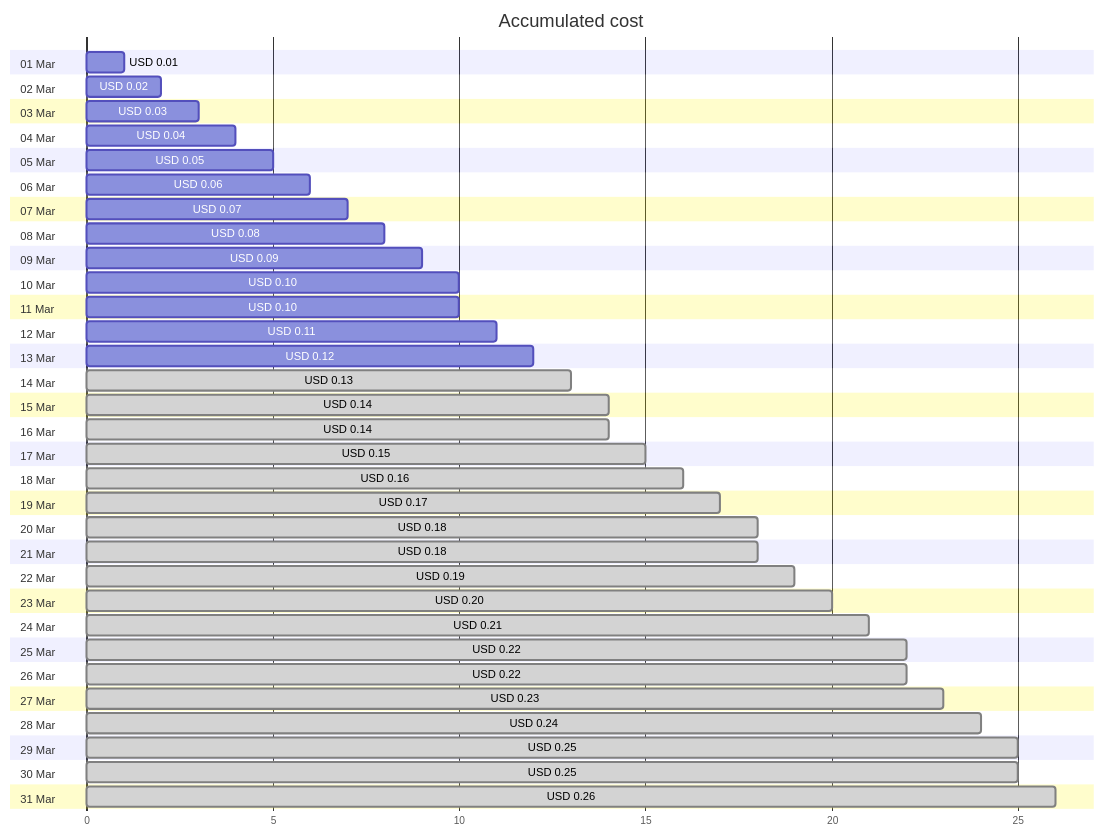
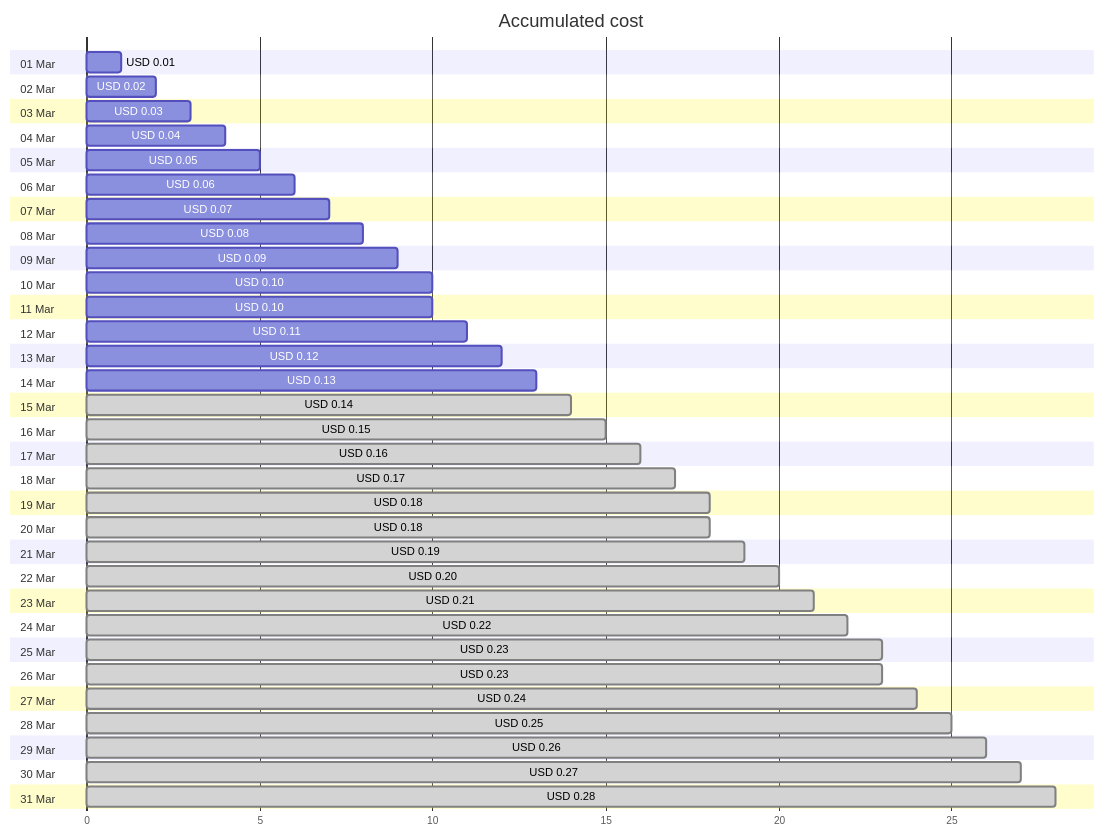
The first of 4 diagrams in cost-reports/cloud-shell-storage-eastus/README.md (jpfulton/azure-personal-reports), drawn with Mermaid before and after one commit. The commit also changed other lines of this file and 1 other file, not shown here.

````diff
--- a/cost-reports/cloud-shell-storage-eastus/README.md
+++ b/cost-reports/cloud-shell-storage-eastus/README.md
@@ -20,68 +20,68 @@
 ```mermaid
 gantt
    title Accumulated cost
    dateFormat  X
    axisFormat %s
    section 01 Mar
    USD 0.01 :0, 1
    section 02 Mar
    USD 0.02 :0, 2
    section 03 Mar
    USD 0.03 :0, 3
    section 04 Mar
    USD 0.04 :0, 4
    section 05 Mar
    USD 0.05 :0, 5
    section 06 Mar
    USD 0.06 :0, 6
    section 07 Mar
    USD 0.07 :0, 7
    section 08 Mar
    USD 0.08 :0, 8
    section 09 Mar
    USD 0.09 :0, 9
    section 10 Mar
    USD 0.10 :0, 10
    section 11 Mar
    USD 0.10 :0, 10
    section 12 Mar
    USD 0.11 :0, 11
    section 13 Mar
    USD 0.12 :0, 12
    section 14 Mar
-   USD 0.13 : done, 0, 13
+   USD 0.13 :0, 13
    section 15 Mar
    USD 0.14 : done, 0, 14
    section 16 Mar
-   USD 0.14 : done, 0, 14
+   USD 0.15 : done, 0, 15
    section 17 Mar
-   USD 0.15 : done, 0, 15
+   USD 0.16 : done, 0, 16
    section 18 Mar
-   USD 0.16 : done, 0, 16
+   USD 0.17 : done, 0, 17
    section 19 Mar
-   USD 0.17 : done, 0, 17
+   USD 0.18 : done, 0, 18
    section 20 Mar
    USD 0.18 : done, 0, 18
    section 21 Mar
-   USD 0.18 : done, 0, 18
+   USD 0.19 : done, 0, 19
    section 22 Mar
-   USD 0.19 : done, 0, 19
+   USD 0.20 : done, 0, 20
    section 23 Mar
-   USD 0.20 : done, 0, 20
+   USD 0.21 : done, 0, 21
    section 24 Mar
-   USD 0.21 : done, 0, 21
+   USD 0.22 : done, 0, 22
    section 25 Mar
-   USD 0.22 : done, 0, 22
+   USD 0.23 : done, 0, 23
    section 26 Mar
-   USD 0.22 : done, 0, 22
+   USD 0.23 : done, 0, 23
    section 27 Mar
-   USD 0.23 : done, 0, 23
+   USD 0.24 : done, 0, 24
    section 28 Mar
-   USD 0.24 : done, 0, 24
+   USD 0.25 : done, 0, 25
    section 29 Mar
-   USD 0.25 : done, 0, 25
+   USD 0.26 : done, 0, 26
    section 30 Mar
-   USD 0.25 : done, 0, 25
+   USD 0.27 : done, 0, 27
    section 31 Mar
-   USD 0.26 : done, 0, 26
+   USD 0.28 : done, 0, 28
 ```
````
